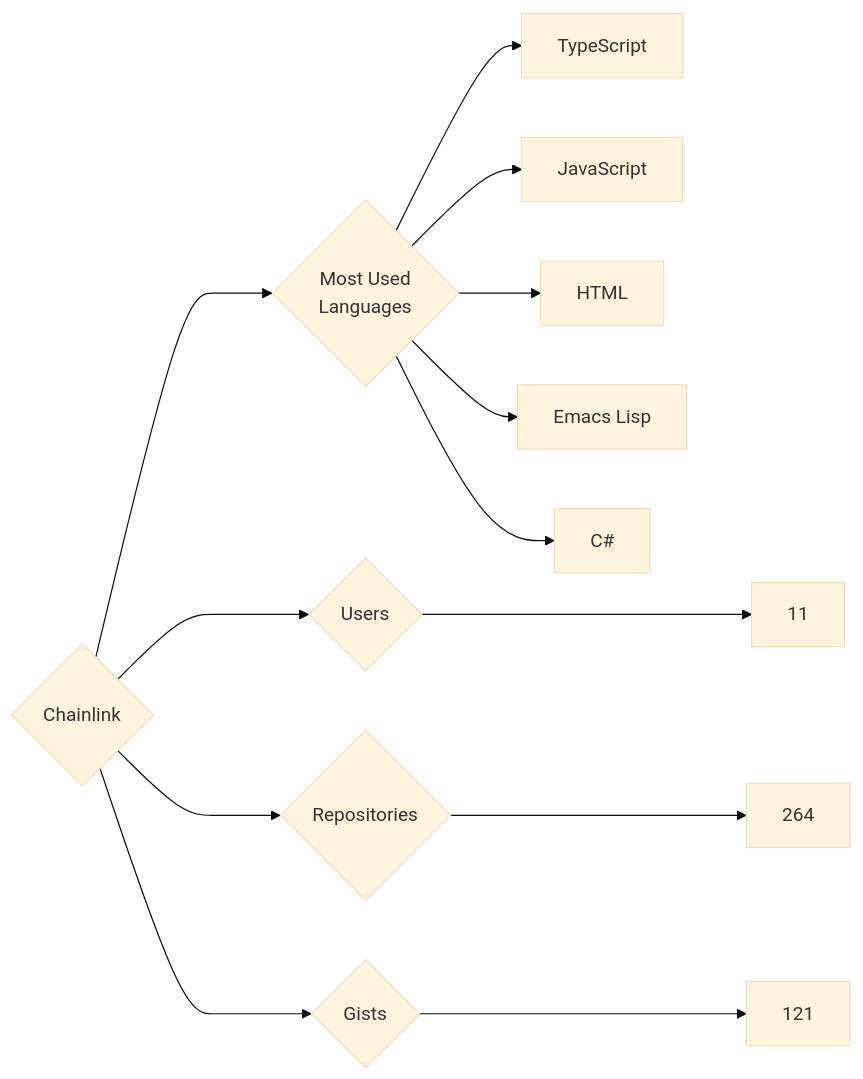
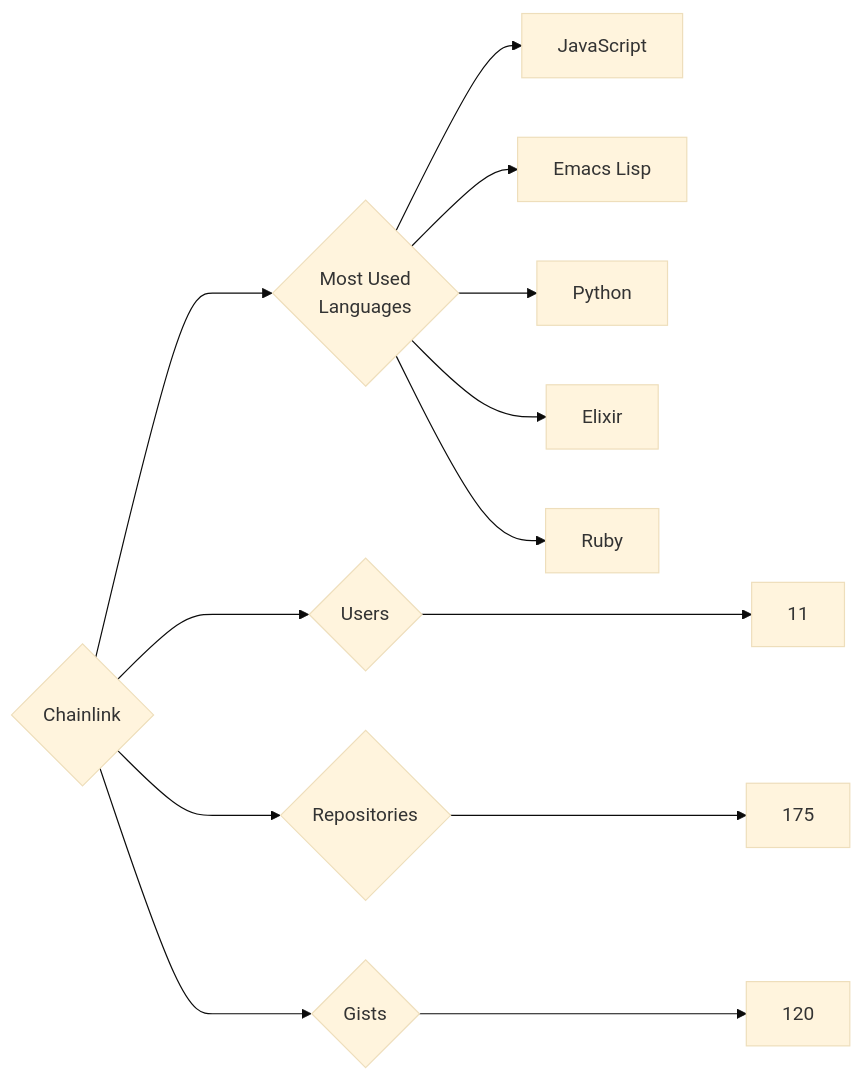
One commit to trickest/insiders changed the diagram in targets/Chainlink/README.md. Above: the diagram before and after it, drawn with Mermaid (base theme). The commit also changed 1314 other files, not shown here.

````diff
--- a/targets/Chainlink/README.md
+++ b/targets/Chainlink/README.md
@@ -3,13 +3,13 @@
 ```mermaid
 graph LR
 COMPANY_NAME{Chainlink}
 COMPANY_NAME ---> U{Users} ---> UN[11]
-COMPANY_NAME ---> R{Repositories} ---> RN[264]
-COMPANY_NAME ---> G{Gists} ---> GN[121]
+COMPANY_NAME ---> R{Repositories} ---> RN[175]
+COMPANY_NAME ---> G{Gists} ---> GN[120]
 COMPANY_NAME ---> ML{Most Used<br>Languages}
-ML --> TypeScript[TypeScript]
 ML --> JavaScript[JavaScript]
-ML --> HTML[HTML]
 ML --> Emacs_Lisp[Emacs Lisp]
-ML --> C#[C#]
+ML --> Python[Python]
+ML --> Elixir[Elixir]
+ML --> Ruby[Ruby]
 ```
````
